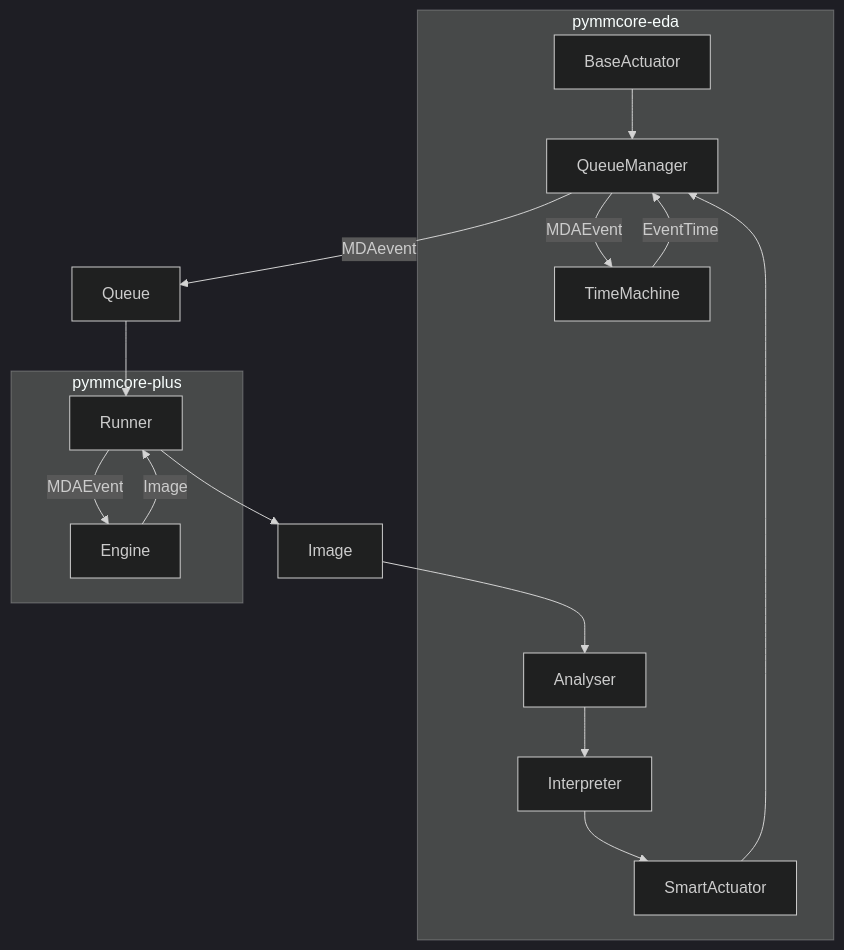
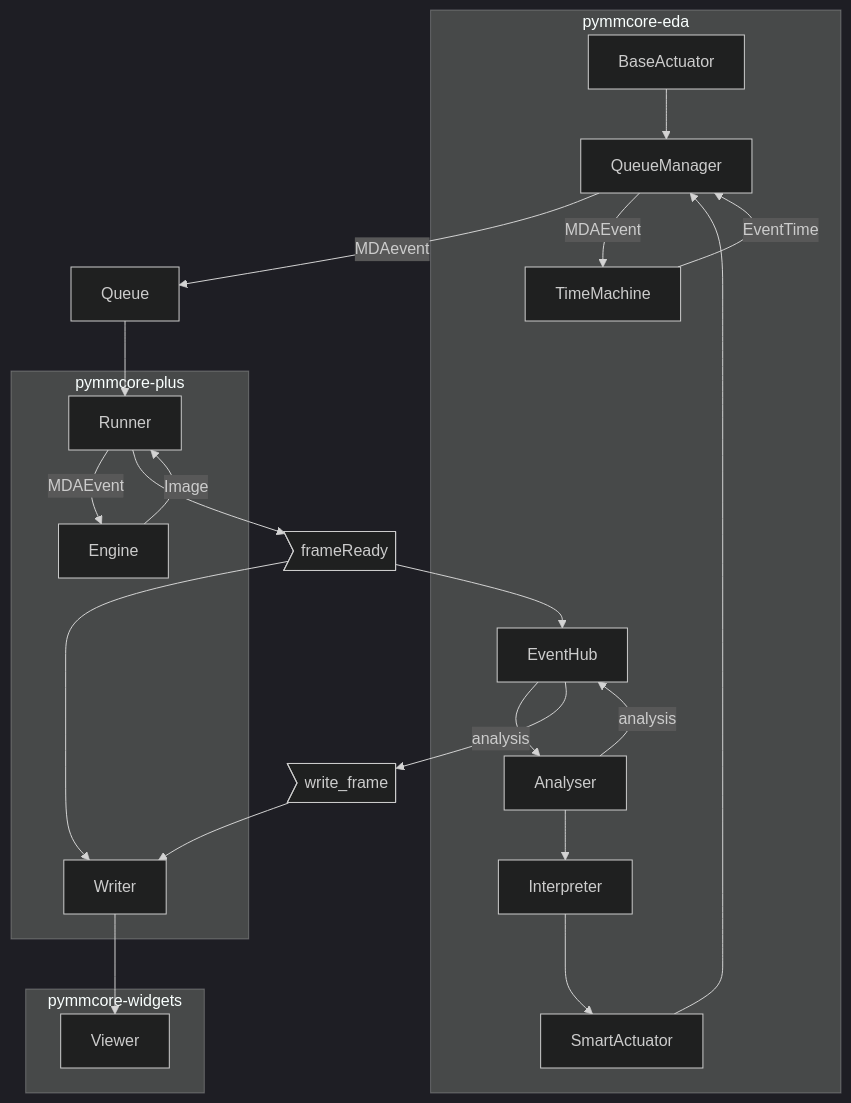
One commit to LEB-EPFL/pymmcore-eda changed the first of 2 diagrams in structure.md. Above: the diagram before and after it, drawn with Mermaid (dark theme).

Commit message:
writer and viewer integration concept

````diff
--- a/structure.md
+++ b/structure.md
@@ -3,31 +3,43 @@
 ```mermaid
 graph TD;
       
     subgraph pymmcore-eda
         BaseActuator
         SmartActuator
         QueueManager
         TimeMachine
         Analyser
         Interpreter
+        EventHub
     end
     subgraph pymmcore-plus
         Engine
         Runner
+        Writer
+    end
+    subgraph pymmcore-widgets
+        Viewer    
     end
     Queue
+    frameReady>frameReady]
 
 
     BaseActuator --> QueueManager
     SmartActuator --> QueueManager
     QueueManager -- MDAevent --> Queue
     QueueManager -- MDAEvent -->TimeMachine
     TimeMachine -- EventTime --> QueueManager
     Queue --> Runner
     Runner -- MDAEvent --> Engine
     Engine -- Image --> Runner
-    Runner --> Image
-    Image --> Analyser
+    Runner --> frameReady
+    frameReady --> Writer
+    frameReady --> EventHub
+    EventHub --> Analyser
+    Analyser -- analysis --> EventHub
+    EventHub -- analysis --> write_frame>write_frame]
+    write_frame --> Writer
     Analyser --> Interpreter
     Interpreter --> SmartActuator
+    Writer --> Viewer
 ```
````
